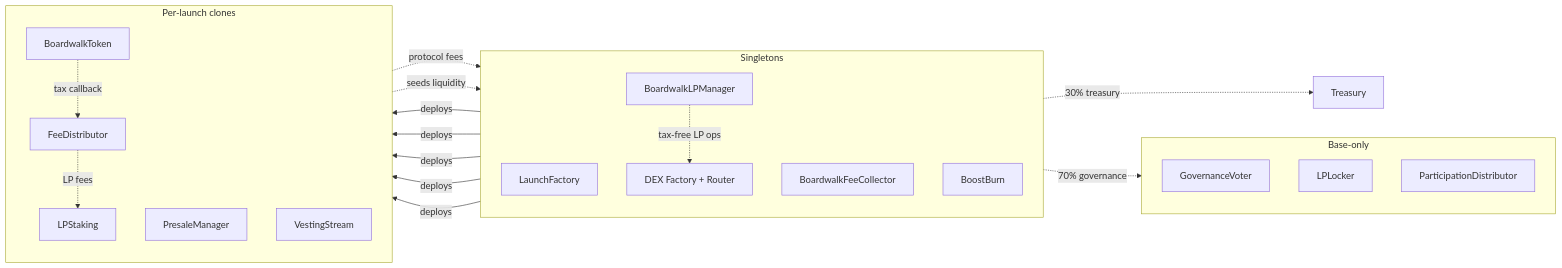
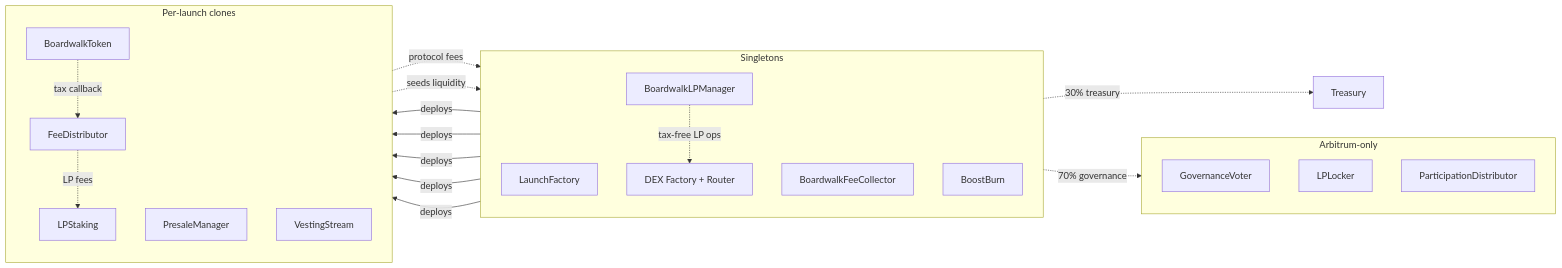
The diagram in README.md (useboardwalk/boardwalk-contracts), drawn with Mermaid before and after one commit. The commit also changed other lines of this file and 69 other files, not shown here.

````diff
--- a/README.md
+++ b/README.md
@@ -13,41 +13,41 @@
 ```mermaid
 graph LR
     subgraph SINGLETONS [Singletons]
         direction TB
         LF[LaunchFactory]
         LPM[BoardwalkLPManager]
         FC[BoardwalkFeeCollector]
         BB[BoostBurn]
         DEX[DEX Factory + Router]
     end
 
-    subgraph GOVERNANCE [Base-only]
+    subgraph GOVERNANCE [Arbitrum-only]
         direction TB
         GV[GovernanceVoter]
         LPL[LPLocker]
         PD[ParticipationDistributor]
     end
 
     subgraph CLONES [Per-launch clones]
         direction TB
         TK[BoardwalkToken]
         FD[FeeDistributor]
         PM[PresaleManager]
         LS[LPStaking]
         VS[VestingStream]
     end
 
     LF -- deploys --> TK
     LF -- deploys --> FD
     LF -- deploys --> PM
     LF -- deploys --> LS
     LF -- deploys --> VS
 
     TK -. tax callback .-> FD
     FD -. LP fees .-> LS
     FD -. protocol fees .-> FC
     FC -. 30% treasury .-> TR[Treasury]
     FC -. 70% governance .-> GV
     PM -. seeds liquidity .-> DEX
     LPM -. tax-free LP ops .-> DEX
 ```
````
